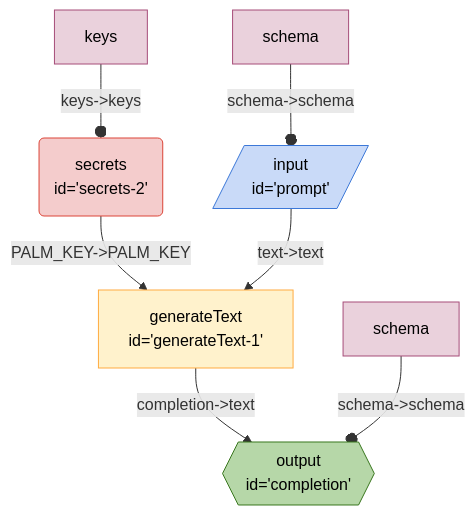
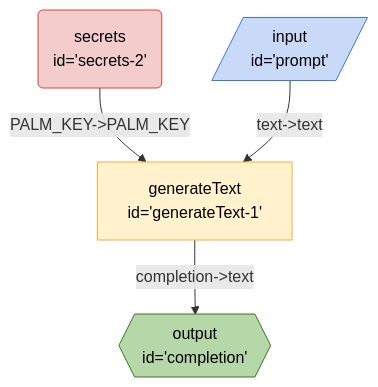
One commit to breadboard-ai/breadboard changed the diagram in seeds/graph-playground/docs/graphs/simplest.md. Above: the diagram before and after it, drawn with Mermaid. The commit also changed 30 other files, not shown here.

````diff
--- a/seeds/graph-playground/docs/graphs/simplest.md
+++ b/seeds/graph-playground/docs/graphs/simplest.md
@@ -5,18 +5,15 @@
   ```mermaid
   %%{init: 'themeVariables': { 'fontFamily': 'Fira Code, monospace' }}%%
 graph TD;
 secrets2("secrets <br> id='secrets-2'"):::secrets -- "PALM_KEY->PALM_KEY" --> generateText1["generateText <br> id='generateText-1'"]
 generateText1["generateText <br> id='generateText-1'"] -- "completion->text" --> completion{{"output <br> id='completion'"}}:::output
 prompt[/"input <br> id='prompt'"/]:::input -- "text->text" --> generateText1["generateText <br> id='generateText-1'"]
-keyssecrets2[keys]:::config -- "keys->keys" --o secrets2
-schemaprompt[schema]:::config -- "schema->schema" --o prompt
-schemacompletion[schema]:::config -- "schema->schema" --o completion
 classDef default stroke:#ffab40,fill:#fff2ccff,color:#000
 classDef input stroke:#3c78d8,fill:#c9daf8ff,color:#000
 classDef output stroke:#38761d,fill:#b6d7a8ff,color:#000
 classDef passthrough stroke:#a64d79,fill:#ead1dcff,color:#000
 classDef slot stroke:#a64d79,fill:#ead1dcff,color:#000
 classDef config stroke:#a64d79,fill:#ead1dcff,color:#000
 classDef secrets stroke:#db4437,fill:#f4cccc,color:#000
 classDef slotted stroke:#a64d79
   ```
````
